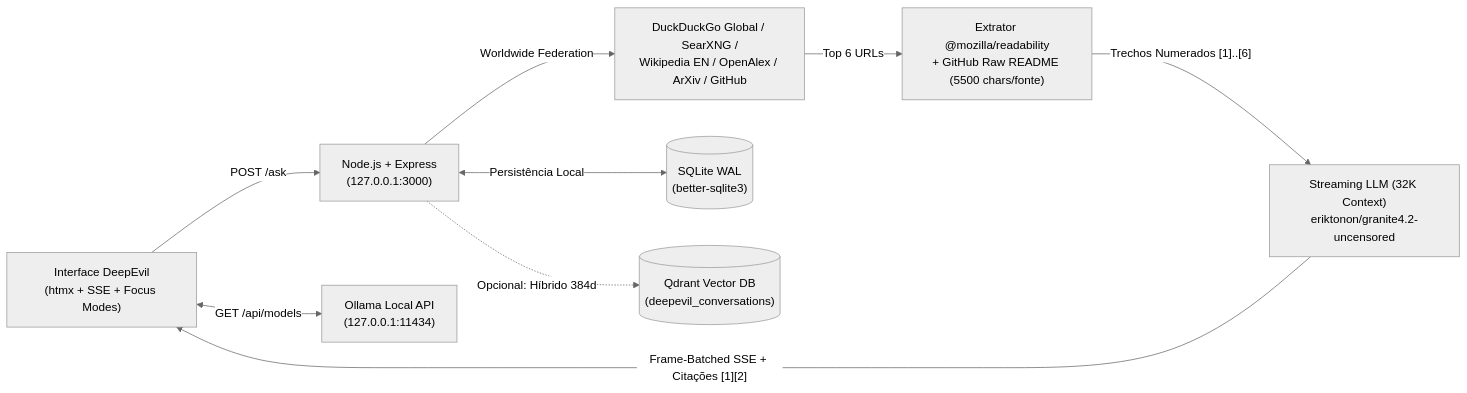
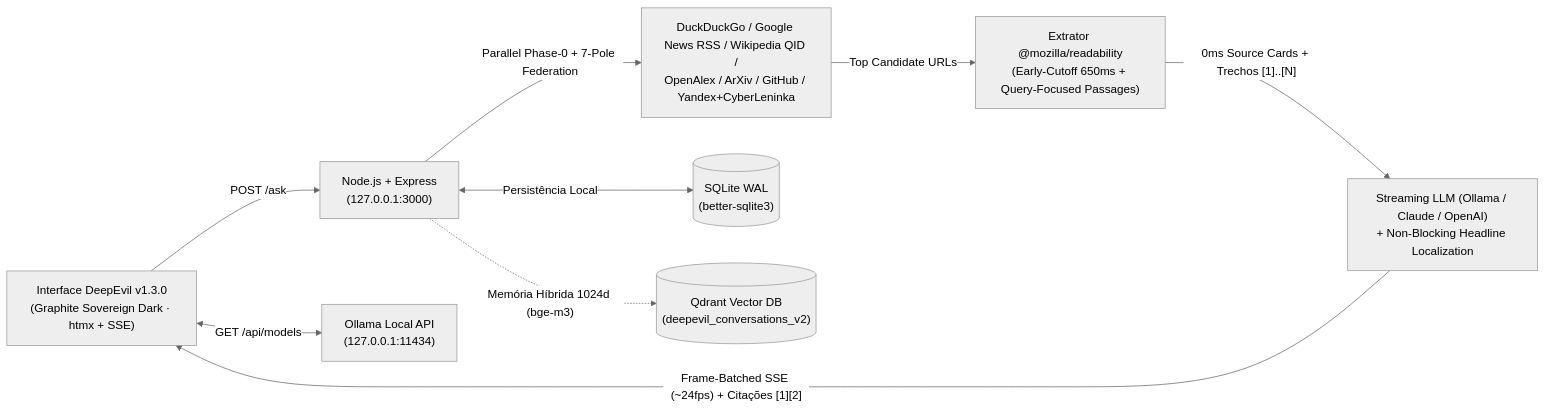
The diagram in README.md (eriktonon/deepevil), drawn with Mermaid (neutral theme) before and after one commit. The commit also changed other lines of this file and 5 other files, not shown here.

Commit message:
docs(v1.3.0): update README, screenshots and version with Graphite Sovereign Dark palette & latency upgrades

````diff
--- a/README.md
+++ b/README.md
@@ -134,11 +147,11 @@
 ```mermaid
 flowchart LR
-    UI["Interface DeepEvil\n(htmx + SSE + Focus Modes)"] -->|"POST /ask"| SRV["Node.js + Express\n(127.0.0.1:3000)"]
+    UI["Interface DeepEvil v1.3.0\n(Graphite Sovereign Dark · htmx + SSE)"] -->|"POST /ask"| SRV["Node.js + Express\n(127.0.0.1:3000)"]
     UI <-->|"GET /api/models"| OLLAMA_TAGS["Ollama Local API\n(127.0.0.1:11434)"]
-    SRV -->|"Worldwide Federation"| SEARCH["DuckDuckGo Global / SearXNG /\nWikipedia EN / OpenAlex / ArXiv / GitHub"]
-    SEARCH -->|"Top 6 URLs"| EXT["Extrator @mozilla/readability\n+ GitHub Raw README (5500 chars/fonte)"]
-    EXT -->|"Trechos Numerados [1]..[6]"| LLM["Streaming LLM (32K Context)\neriktonon/granite4.2-uncensored"]
-    LLM -->|"Frame-Batched SSE + Citações [1][2]"| UI
+    SRV -->|"Parallel Phase-0 + 7-Pole Federation"| SEARCH["DuckDuckGo / Google News RSS / Wikipedia QID /\nOpenAlex / ArXiv / GitHub / Yandex+CyberLeninka"]
+    SEARCH -->|"Top Candidate URLs"| EXT["Extrator @mozilla/readability\n(Early-Cutoff 650ms + Query-Focused Passages)"]
+    EXT -->|"0ms Source Cards + Trechos [1]..[N]"| LLM["Streaming LLM (Ollama / Claude / OpenAI)\n+ Non-Blocking Headline Localization"]
+    LLM -->|"Frame-Batched SSE (~24fps) + Citações [1][2]"| UI
     SRV <-->|"Persistência Local"| SQLITE[("SQLite WAL\n(better-sqlite3)")]
-    SRV -.->|"Opcional: Híbrido 384d"| QDRANT[("Qdrant Vector DB\n(deepevil_conversations)")]
+    SRV -.->|"Memória Híbrida 1024d (bge-m3)"| QDRANT[("Qdrant Vector DB\n(deepevil_conversations_v2)")]
 ```
````
